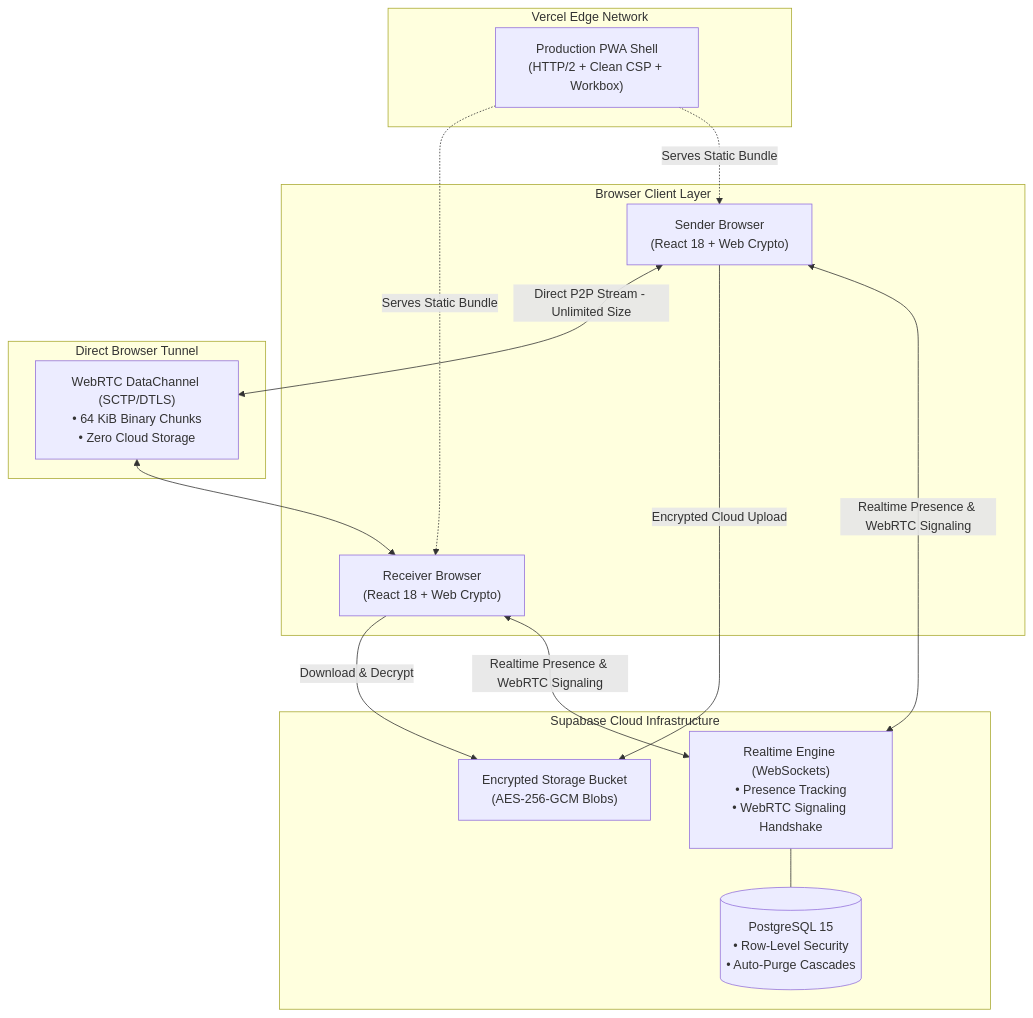
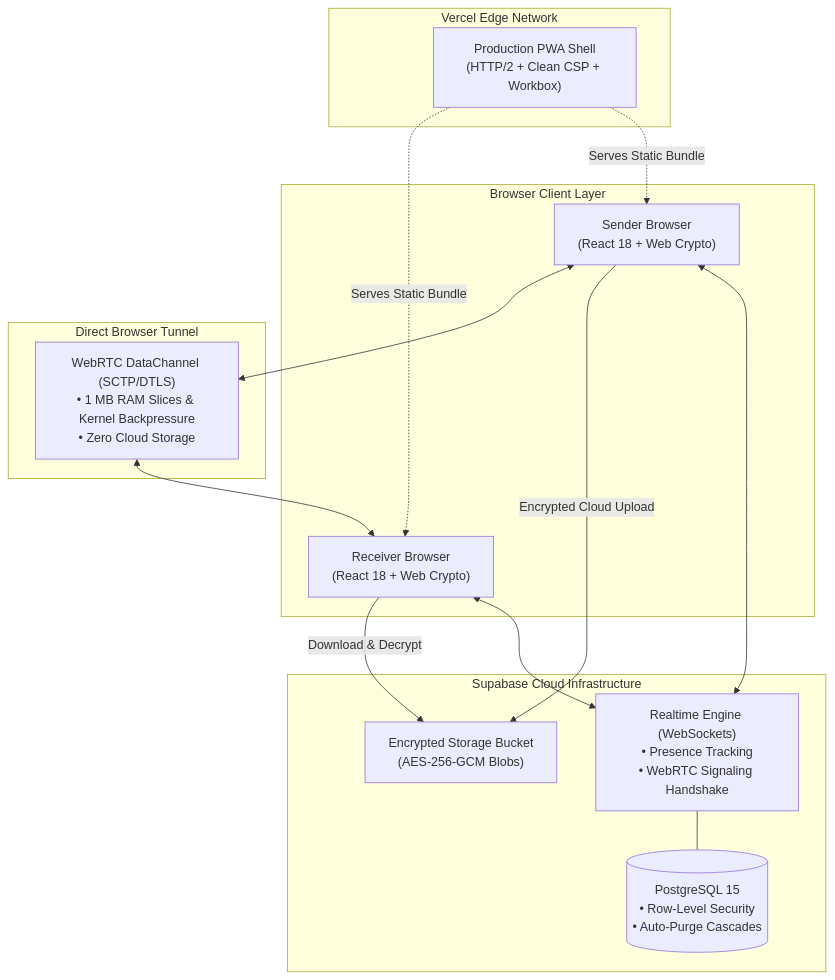
The first of 3 diagrams in README.md (simply1git/SyncPadIO), drawn with Mermaid before and after one commit. The commit also changed other lines of this file and 5 other files, not shown here.

Commit message:
fix: achieve 100% Cloud vs P2P visual parity, fix GitHub README mermaid syntax, and deploy top 1% persistent WebRTC streaming engine

````diff
--- a/README.md
+++ b/README.md
@@ -72,31 +72,31 @@
 ```mermaid
 graph TD
     subgraph Clients["Browser Client Layer"]
         A["Sender Browser<br/>(React 18 + Web Crypto)"]
         B["Receiver Browser<br/>(React 18 + Web Crypto)"]
     end
 
     subgraph Edge["Vercel Edge Network"]
         V["Production PWA Shell<br/>(HTTP/2 + Clean CSP + Workbox)"]
     end
 
     subgraph Cloud["Supabase Cloud Infrastructure"]
         RT["Realtime Engine (WebSockets)<br/>• Presence Tracking<br/>• WebRTC Signaling Handshake"]
         DB[("PostgreSQL 15<br/>• Row-Level Security<br/>• Auto-Purge Cascades")]
         ST["Encrypted Storage Bucket<br/>(AES-256-GCM Blobs)"]
     end
 
     subgraph P2P["Direct Browser Tunnel"]
-        DC["WebRTC DataChannel (SCTP/DTLS)<br/>• 64 KiB Binary Chunks<br/>• Zero Cloud Storage"]
+        DC["WebRTC DataChannel (SCTP/DTLS)<br/>• 1 MB RAM Slices & Kernel Backpressure<br/>• Zero Cloud Storage"]
     end
 
-    A <-->|"Realtime Presence & WebRTC Signaling"| RT
-    B <-->|"Realtime Presence & WebRTC Signaling"| RT
+    A <--> RT
+    B <--> RT
     A -->|"Encrypted Cloud Upload"| ST
     B -->|"Download & Decrypt"| ST
-    A <-->|"Direct P2P Stream - Unlimited Size"| DC
+    A <--> DC
     DC <--> B
     V -.->|"Serves Static Bundle"| A
     V -.->|"Serves Static Bundle"| B
     RT --- DB
 ```
````
